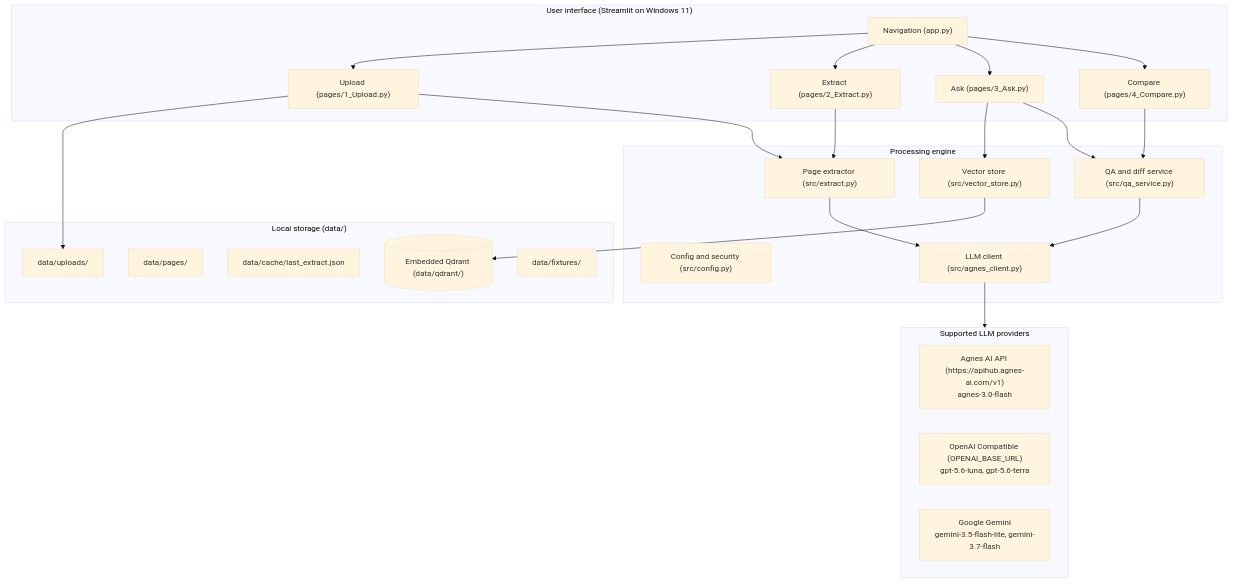
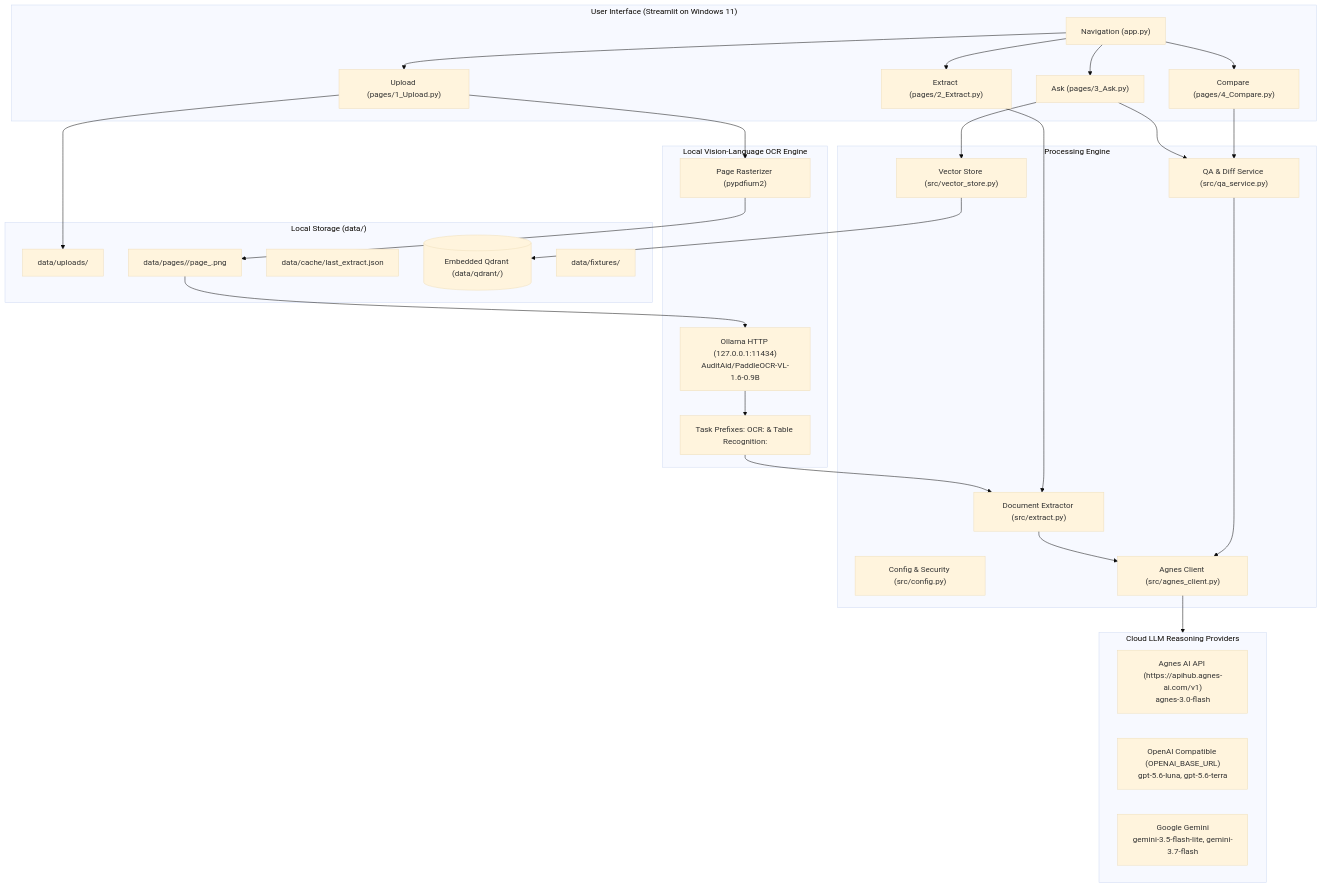
One commit to pypi-ahmad/document-desk changed the diagram in docs/ARCHITECTURE.md. Above: the diagram before and after it, drawn with Mermaid (base theme). The commit also changed other lines of this file and 3 other files, not shown here.

Commit message:
docs: document Ollama PaddleOCR-VL model integration, tasks, and smoke tests

````diff
--- a/docs/ARCHITECTURE.md
+++ b/docs/ARCHITECTURE.md
@@ -9,44 +9,50 @@
 ```mermaid
 flowchart TD
-    subgraph UI ["User interface (Streamlit on Windows 11)"]
+    subgraph UI ["User Interface (Streamlit on Windows 11)"]
         Nav["Navigation (app.py)"]
         P1["Upload (pages/1_Upload.py)"]
         P2["Extract (pages/2_Extract.py)"]
         P3["Ask (pages/3_Ask.py)"]
         P4["Compare (pages/4_Compare.py)"]
     end
 
-    subgraph Core ["Processing engine"]
-        Cfg["Config and security (src/config.py)"]
-        Extract["Page extractor (src/extract.py)"]
-        LLM["LLM client (src/agnes_client.py)"]
-        QA["QA and diff service (src/qa_service.py)"]
-        Vec["Vector store (src/vector_store.py)"]
+    subgraph LocalOCR ["Local Vision-Language OCR Engine"]
+        Render["Page Rasterizer (pypdfium2)"]
+        OllamaSvc["Ollama HTTP (127.0.0.1:11434)<br/>AuditAid/PaddleOCR-VL-1.6-0.9B"]
+        TaskPass["Task Prefixes: OCR: & Table Recognition:"]
     end
 
-    subgraph Storage ["Local storage (data/)"]
+    subgraph Core ["Processing Engine"]
+        Cfg["Config & Security (src/config.py)"]
+        Extract["Document Extractor (src/extract.py)"]
+        LLM["Agnes Client (src/agnes_client.py)"]
+        QA["QA & Diff Service (src/qa_service.py)"]
+        Vec["Vector Store (src/vector_store.py)"]
+    end
+
+    subgraph Storage ["Local Storage (data/)"]
         Uploads["data/uploads/"]
-        Pages["data/pages/"]
+        Pages["data/pages/<file_id>/page_<n>.png"]
         Cache["data/cache/last_extract.json"]
         QdrantDB[("Embedded Qdrant (data/qdrant/)")]
         Fixtures["data/fixtures/"]
     end
 
-    subgraph Providers ["Supported LLM providers"]
+    subgraph Providers ["Cloud LLM Reasoning Providers"]
         AgnesAPI["Agnes AI API (https://apihub.agnes-ai.com/v1)<br/>agnes-3.0-flash"]
         OpenAIAPI["OpenAI Compatible (OPENAI_BASE_URL)<br/>gpt-5.6-luna, gpt-5.6-terra"]
         GeminiAPI["Google Gemini<br/>gemini-3.5-flash-lite, gemini-3.7-flash"]
     end
 
     Nav --> P1 & P2 & P3 & P4
     P1 --> Uploads
-    P1 --> Extract
+    P1 --> Render --> Pages --> OllamaSvc --> TaskPass --> Extract
     P2 --> Extract
     Extract --> LLM
     LLM --> Providers
     P3 --> Vec
     Vec --> QdrantDB
     P3 --> QA
     QA --> LLM
     P4 --> QA
 ```
````
